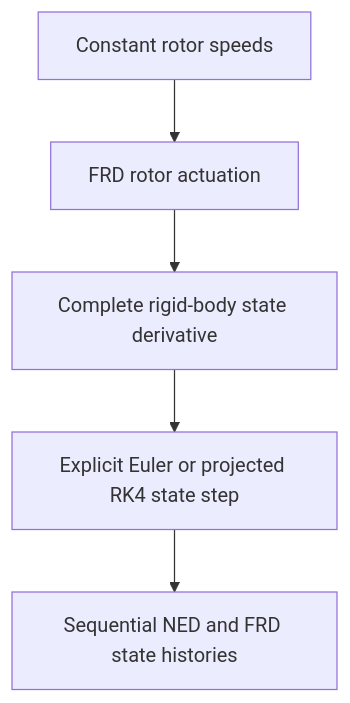
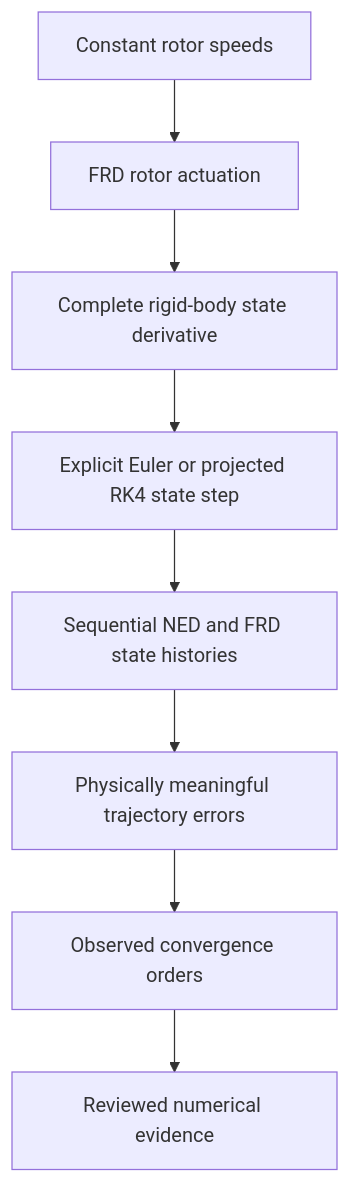
The diagram in README.md (Gayles9/robust-quadrotor), drawn with Mermaid before and after one commit. The commit also changed other lines of this file and 1 other file, not shown here.

Commit message:
docs: document Euler RK4 convergence results

````diff
--- a/README.md
+++ b/README.md
@@ -26,7 +28,10 @@
 ```mermaid
 flowchart TD
     A[Constant rotor speeds] --> B[FRD rotor actuation]
     B --> C[Complete rigid-body state derivative]
     C --> D[Explicit Euler or projected RK4 state step]
     D --> E[Sequential NED and FRD state histories]
+    E --> F[Physically meaningful trajectory errors]
+    F --> G[Observed convergence orders]
+    G --> H[Reviewed numerical evidence]
 ```
````
